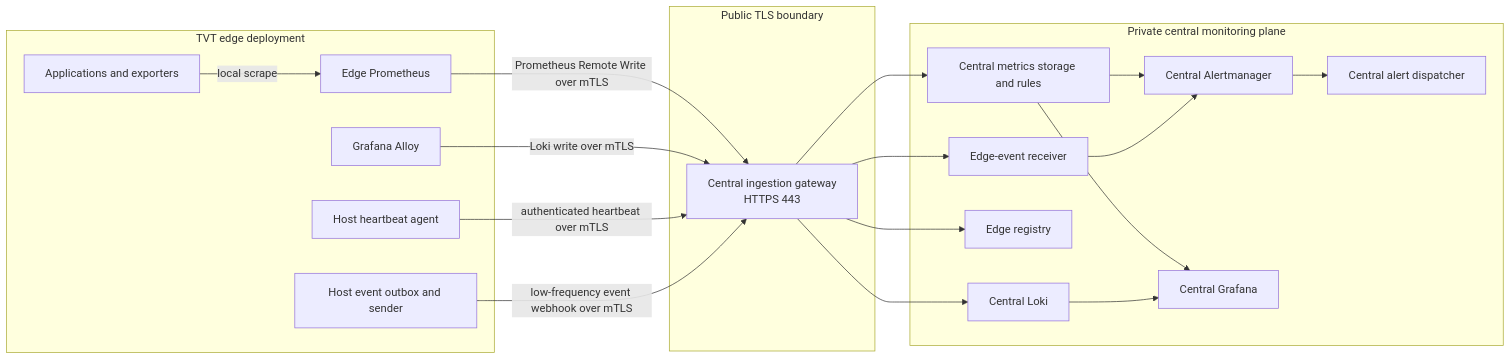
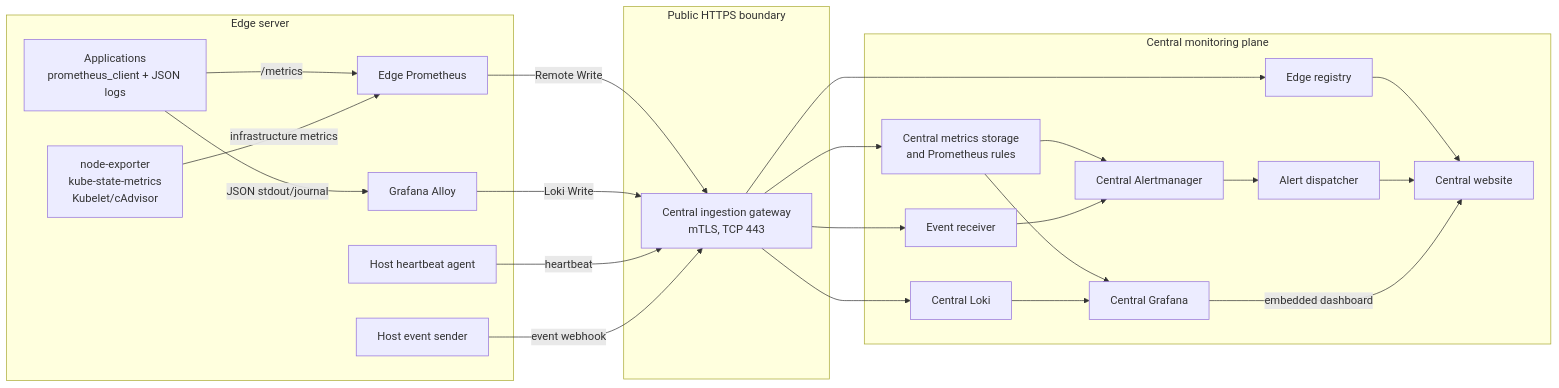
The diagram in MONITORING.md (sayandip-apexflo/tvt-prototype), drawn with Mermaid before and after one commit. The commit also changed other lines of this file, not shown here.

Commit message:
streamline monitoring doc

````diff
--- a/MONITORING.md
+++ b/MONITORING.md
@@ -683,39 +77,50 @@
 ```mermaid
 flowchart LR
-    subgraph Edge[TVT edge deployment]
-        Apps[Applications and exporters]
-        Prom[Edge Prometheus]
-        Alloy[Grafana Alloy]
-        Heartbeat[Host heartbeat agent]
-        Events[Host event outbox and sender]
+    subgraph Edge["Edge server"]
+        Apps["Applications<br/>prometheus_client + JSON logs"]
+        Exporters["node-exporter<br/>kube-state-metrics<br/>Kubelet/cAdvisor"]
+        Prom["Edge Prometheus"]
+        Alloy["Grafana Alloy"]
+        Heartbeat["Host heartbeat agent"]
+        Events["Host event sender"]
     end
 
-    subgraph Public[Public TLS boundary]
-        Gateway[Central ingestion gateway<br/>HTTPS 443]
+    subgraph Boundary["Public HTTPS boundary"]
+        Gateway["Central ingestion gateway<br/>mTLS, TCP 443"]
     end
 
-    subgraph Central[Private central monitoring plane]
-        Metrics[Central metrics storage and rules]
-        LokiCentral[Central Loki]
-        Registry[Edge registry]
-        EventReceiver[Edge-event receiver]
-        CentralAM[Central Alertmanager]
-        CentralDispatcher[Central alert dispatcher]
-        CentralGrafana[Central Grafana]
+    subgraph Central["Central monitoring plane"]
+        Metrics["Central metrics storage<br/>and Prometheus rules"]
+        Loki["Central Loki"]
+        Registry["Edge registry"]
+        EventReceiver["Event receiver"]
+        AM["Central Alertmanager"]
+        Dispatcher["Alert dispatcher"]
+        Grafana["Central Grafana"]
+        Portal["Central website"]
     end
 
-    Apps -->|local scrape| Prom
-    Prom -->|Prometheus Remote Write over mTLS| Gateway
-    Alloy -->|Loki write over mTLS| Gateway
-    Heartbeat -->|authenticated heartbeat over mTLS| Gateway
-    Events -->|low-frequency event webhook over mTLS| Gateway
+    Apps -->|"/metrics"| Prom
+    Exporters -->|"infrastructure metrics"| Prom
+    Apps -->|"JSON stdout/journal"| Alloy
+
+    Prom -->|"Remote Write"| Gateway
+    Alloy -->|"Loki Write"| Gateway
+    Heartbeat -->|"heartbeat"| Gateway
+    Events -->|"event webhook"| Gateway
+
     Gateway --> Metrics
-    Gateway --> LokiCentral
+    Gateway --> Loki
     Gateway --> Registry
     Gateway --> EventReceiver
-    Metrics --> CentralAM
-    EventReceiver --> CentralAM
-    CentralAM --> CentralDispatcher
-    Metrics --> CentralGrafana
-    LokiCentral --> CentralGrafana
+
+    Metrics --> Grafana
+    Loki --> Grafana
+    Metrics --> AM
+    EventReceiver --> AM
+    AM --> Dispatcher
+
+    Registry --> Portal
+    Dispatcher --> Portal
+    Grafana -->|"embedded dashboard"| Portal
 ```
````
